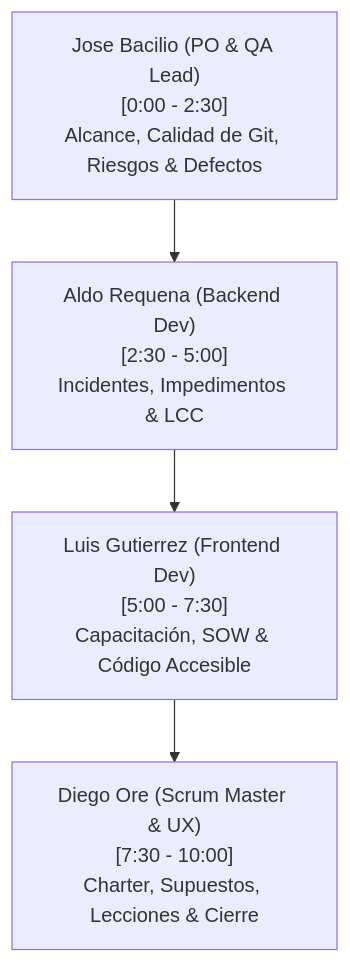
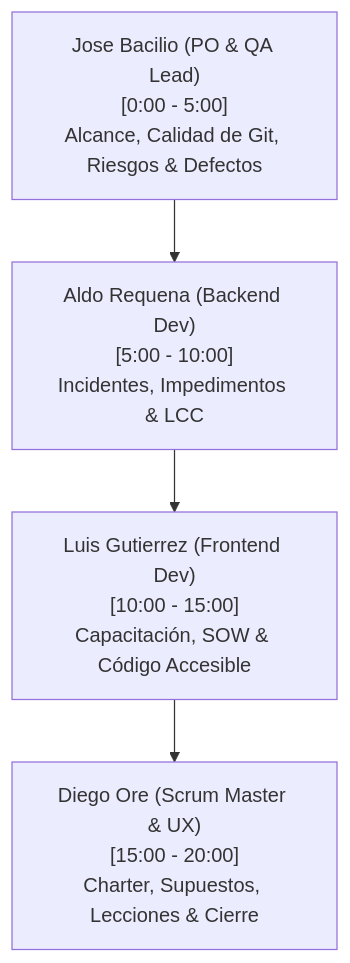
The diagram in docs/gestion/guia_exposicion_cierre_inspeccion08.md (DiegoOreGonzales/TallerDeProyecto2), drawn with Mermaid before and after one commit. The commit also changed other lines of this file, not shown here.

````diff
--- a/docs/gestion/guia_exposicion_cierre_inspeccion08.md
+++ b/docs/gestion/guia_exposicion_cierre_inspeccion08.md
@@ -12,6 +12,6 @@
 ```mermaid
 graph TD
-    A["Jose Bacilio (PO & QA Lead)<br>[0:00 - 2:30]<br>Alcance, Calidad de Git, Riesgos & Defectos"] --> B["Aldo Requena (Backend Dev)<br>[2:30 - 5:00]<br>Incidentes, Impedimentos & LCC"]
-    B --> C["Luis Gutierrez (Frontend Dev)<br>[5:00 - 7:30]<br>Capacitación, SOW & Código Accesible"]
-    C --> D["Diego Ore (Scrum Master & UX)<br>[7:30 - 10:00]<br>Charter, Supuestos, Lecciones & Cierre"]
+    A["Jose Bacilio (PO & QA Lead)<br>[0:00 - 5:00]<br>Alcance, Calidad de Git, Riesgos & Defectos"] --> B["Aldo Requena (Backend Dev)<br>[5:00 - 10:00]<br>Incidentes, Impedimentos & LCC"]
+    B --> C["Luis Gutierrez (Frontend Dev)<br>[10:00 - 15:00]<br>Capacitación, SOW & Código Accesible"]
+    C --> D["Diego Ore (Scrum Master & UX)<br>[15:00 - 20:00]<br>Charter, Supuestos, Lecciones & Cierre"]
 ```
````
